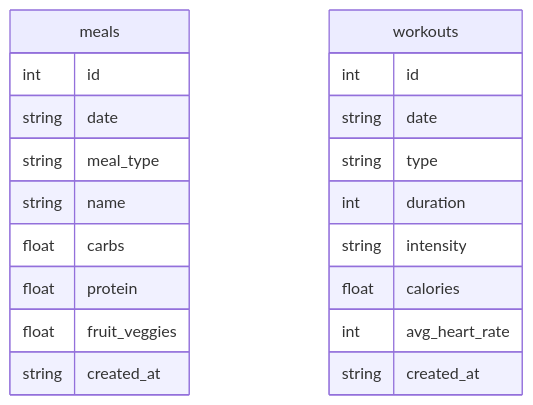
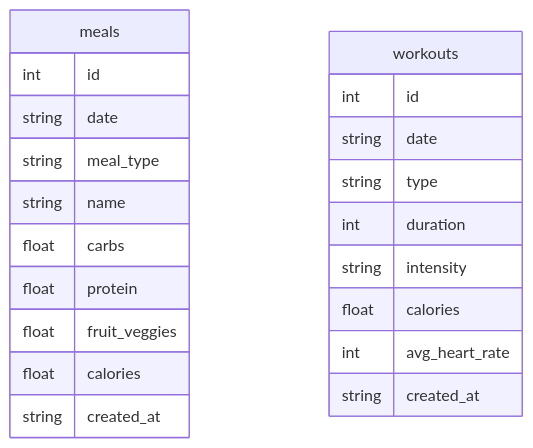
The third of 3 diagrams in README.md (zok42/vita-track), drawn with Mermaid before and after one commit. The commit also changed other lines of this file and 9 other files, not shown here.

````diff
--- a/README.md
+++ b/README.md
@@ -221,23 +221,24 @@
 ```mermaid
 erDiagram
     meals {
         int id
         string date
         string meal_type
         string name
         float carbs
         float protein
         float fruit_veggies
+        float calories
         string created_at
     }
     workouts {
         int id
         string date
         string type
         int duration
         string intensity
         float calories
         int avg_heart_rate
         string created_at
     }
 ```
````
